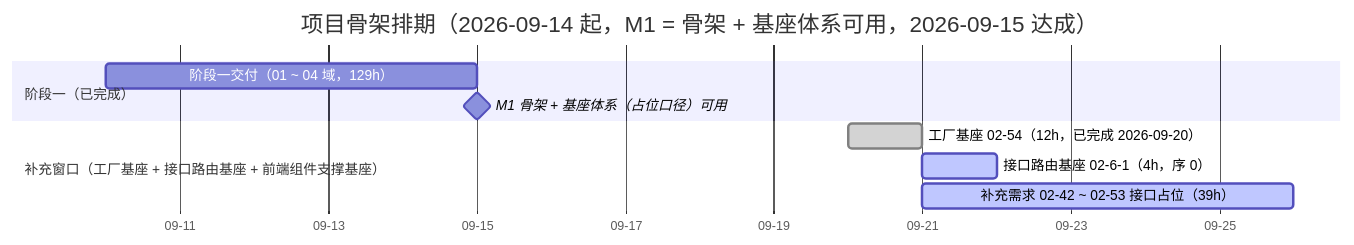
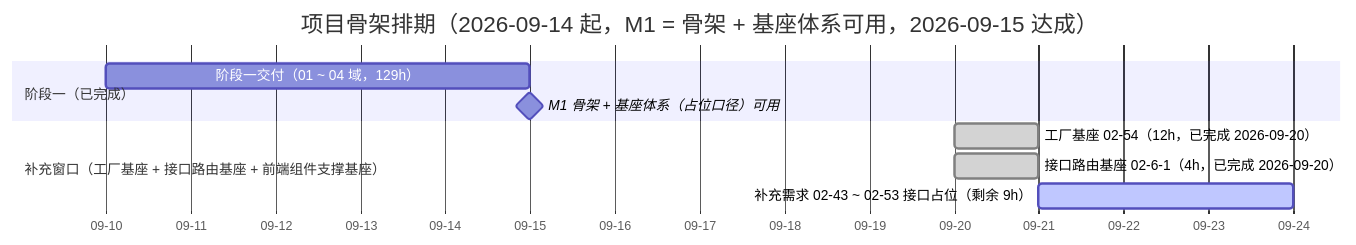
Before and after one commit to minjian123/basic-management-system: the diagram in bms文档/项目/01_项目骨架/计划/01_计划_项目骨架.md, drawn with Mermaid. The commit also changed other lines of this file and 10 other files, not shown here.

````diff
--- a/bms文档/项目/01_项目骨架/计划/01_计划_项目骨架.md
+++ b/bms文档/项目/01_项目骨架/计划/01_计划_项目骨架.md
@@ -144,13 +145,13 @@
 ```mermaid
 gantt
     title 项目骨架排期（2026-09-14 起，M1 = 骨架 + 基座体系可用，2026-09-15 达成）
     dateFormat  YYYY-MM-DD
     axisFormat %m-%d
     section 阶段一（已完成）
     阶段一交付（01 ~ 04 域，129h） :done1, 2026-09-10, 2026-09-15
     M1 骨架 + 基座体系（占位口径）可用 :milestone, m1, 2026-09-15, 0d
     section 补充窗口（工厂基座 + 接口路由基座 + 前端组件支撑基座）
     工厂基座 02-54（12h，已完成 2026-09-20） :done, fac, 2026-09-20, 1d
-    接口路由基座 02-6-1（4h，序 0） :active, route, 2026-09-21, 1d
-    补充需求 02-42 ~ 02-53 接口占位（39h） :active, supp, 2026-09-21, 5d
+    接口路由基座 02-6-1（4h，已完成 2026-09-20） :done, route, 2026-09-20, 1d
+    补充需求 02-43 ~ 02-53 接口占位（剩余 9h） :active, supp, 2026-09-21, 3d
 ```
````
